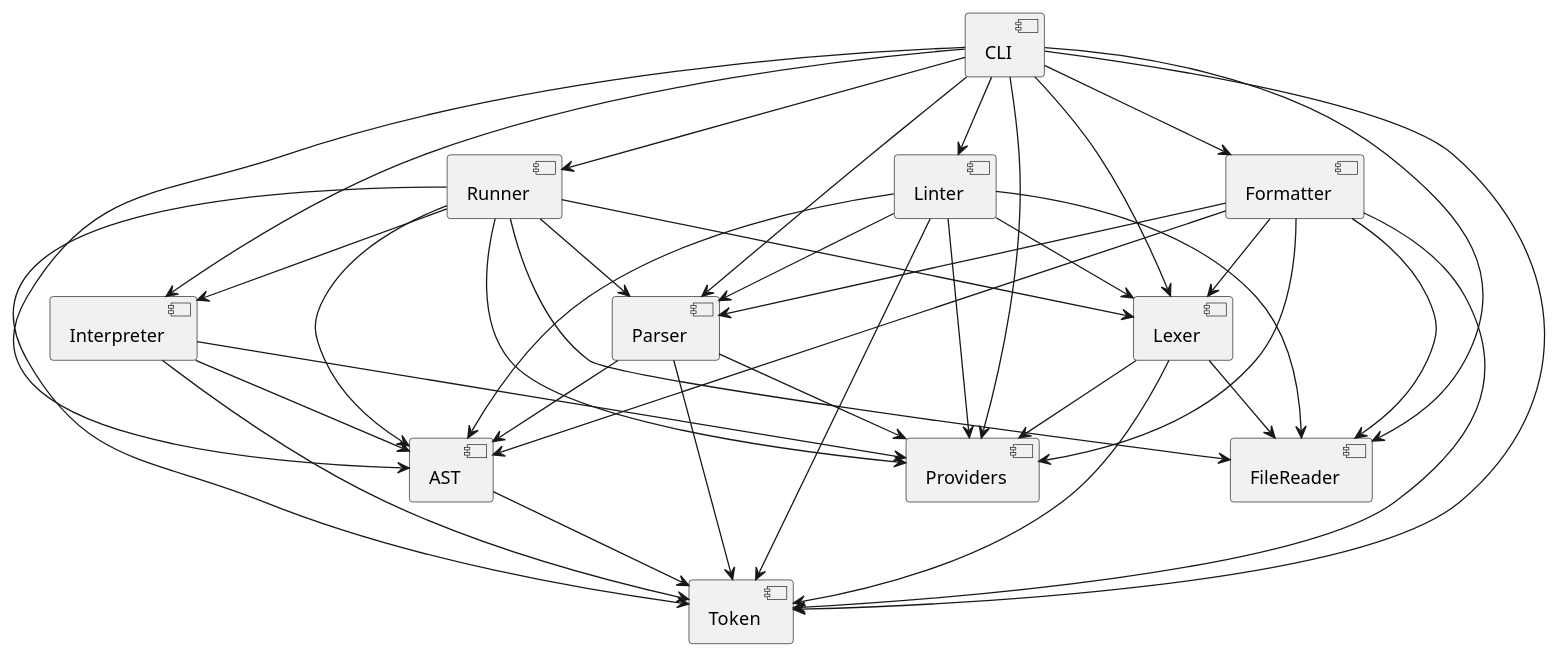
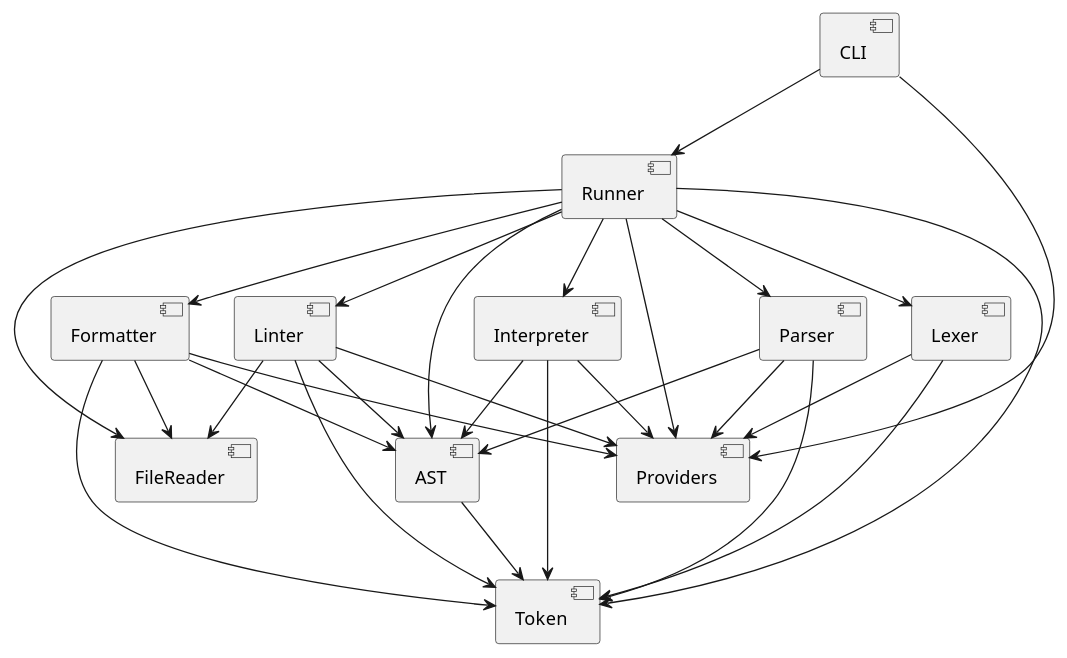
Before and after one commit to ingsis-group-11/printScript: the diagram in Modules.puml, drawn with PlantUML. The commit also changed 14 other files, not shown here.

```diff
--- a/Modules.puml
+++ b/Modules.puml
@@ -1,70 +1,64 @@
 @startuml
 
+' Define the components
 component Token
 component FileReader
 component Providers
 
 component AST {
     [AST] --> Token
 }
 
 component Parser {
     [Parser] --> Token
     [Parser] --> AST
     [Parser] --> Providers
 }
 
 component Lexer {
     [Lexer] --> Token
-    [Lexer] --> FileReader
     [Lexer] --> Providers
 }
 
 component Formatter {
     [Formatter] --> Token
     [Formatter] --> AST
     [Formatter] --> FileReader
     [Formatter] --> Providers
-    [Formatter] --> Lexer
-    [Formatter] --> Parser
 }
 
 component Interpreter {
     [Interpreter] --> AST
     [Interpreter] --> Token
     [Interpreter] --> Providers
 }
 
 component Linter {
+    [Linter] --> Token
     [Linter] --> AST
-    [Linter] --> Token
     [Linter] --> FileReader
-    [Linter] --> Lexer
-    [Linter] --> Parser
     [Linter] --> Providers
 }
 
 component Runner {
     [Runner] --> Token
     [Runner] --> AST
     [Runner] --> Lexer
     [Runner] --> Parser
     [Runner] --> Interpreter
+    [Runner] --> Formatter
     [Runner] --> FileReader
     [Runner] --> Providers
+    [Runner] --> Linter
 }
 
 component CLI {
-    [CLI] --> AST
-    [CLI] --> Token
-    [CLI] --> Parser
-    [CLI] --> Lexer
-    [CLI] --> Formatter
-    [CLI] --> Interpreter
-    [CLI] --> Linter
-    [CLI] --> FileReader
     [CLI] --> Runner
     [CLI] --> Providers
 }
 
+' Organize the layout
+left to right direction
+top to bottom direction
+
 @enduml
```
